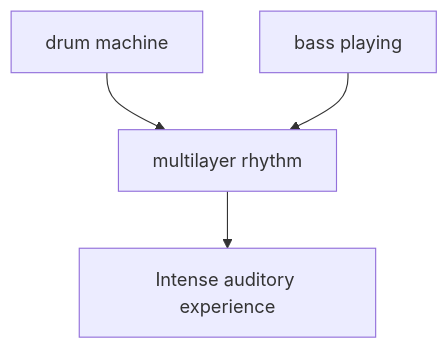
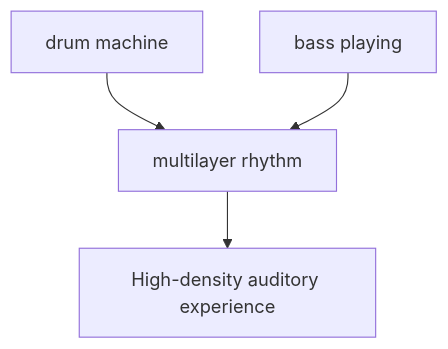
The second of 13 diagrams in en/_posts/2025-11-19-column-squarepusher.md (monumental-movement/monumental-movement.github.io), drawn with Mermaid before and after one commit. The commit also changed 319 other files, not shown here.

```diff
--- a/en/_posts/2025-11-19-column-squarepusher.md
+++ b/en/_posts/2025-11-19-column-squarepusher.md
@@ -89,8 +89,8 @@
 <div class="mermaid">
 
 graph TD
     A[drum machine] --> C[multilayer rhythm]
     B[bass playing] --> C
-    C --> D[Intense auditory experience]
+    C --> D[High-density auditory experience]
 
 </div>
```
